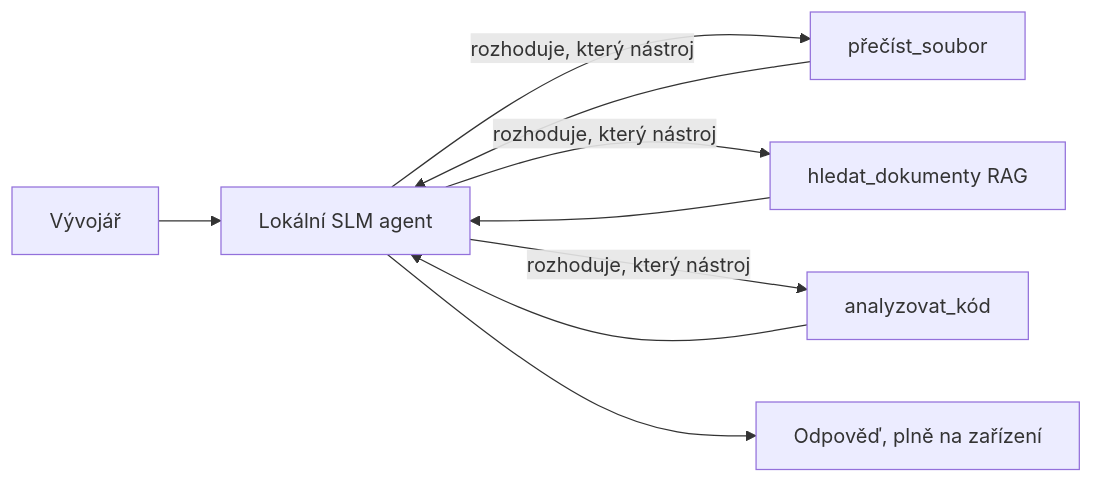
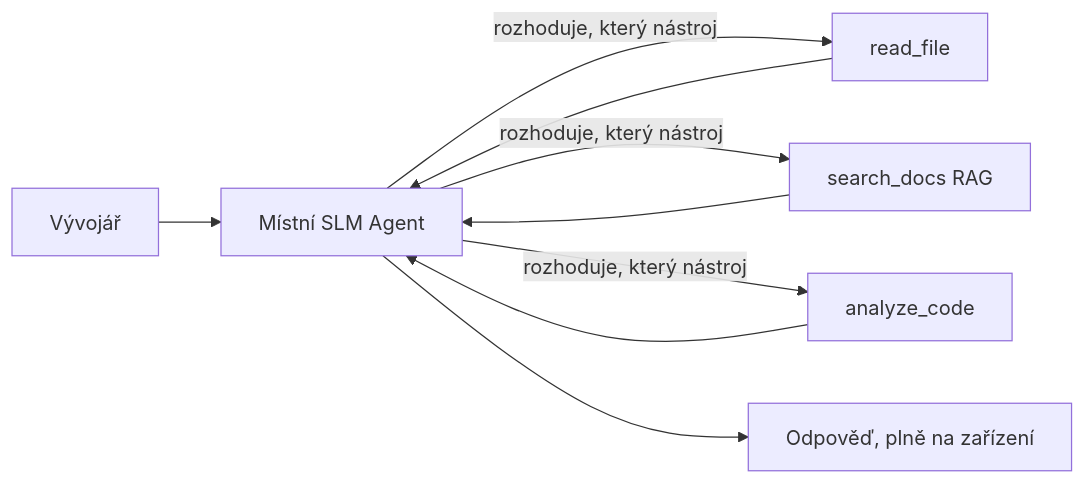
The first of 4 diagrams in mirrors/repos/microsoft@ai-agents-for-beginners/translations/cs/17-creating-local-ai-agents/README.md (gabrielmoreira/agent-skills-mirror), drawn with Mermaid before and after one commit. The commit also changed other lines of this file and 4262 other files, not shown here.

````diff
--- a/mirrors/repos/microsoft@ai-agents-for-beginners/translations/cs/17-creating-local-ai-agents/README.md
+++ b/mirrors/repos/microsoft@ai-agents-for-beginners/translations/cs/17-creating-local-ai-agents/README.md
@@ -66,11 +66,11 @@
 ```mermaid
 flowchart LR
-    U[Vývojář] --> A[Lokální SLM agent]
-    A -->|rozhoduje, který nástroj| T1[přečíst_soubor]
-    A -->|rozhoduje, který nástroj| T2[hledat_dokumenty RAG]
-    A -->|rozhoduje, který nástroj| T3[analyzovat_kód]
+    U[Vývojář] --> A[Místní SLM Agent]
+    A -->|rozhoduje, který nástroj| T1[read_file]
+    A -->|rozhoduje, který nástroj| T2[search_docs RAG]
+    A -->|rozhoduje, který nástroj| T3[analyze_code]
     T1 --> A
     T2 --> A
     T3 --> A
     A --> R[Odpověď, plně na zařízení]
 ```
````
